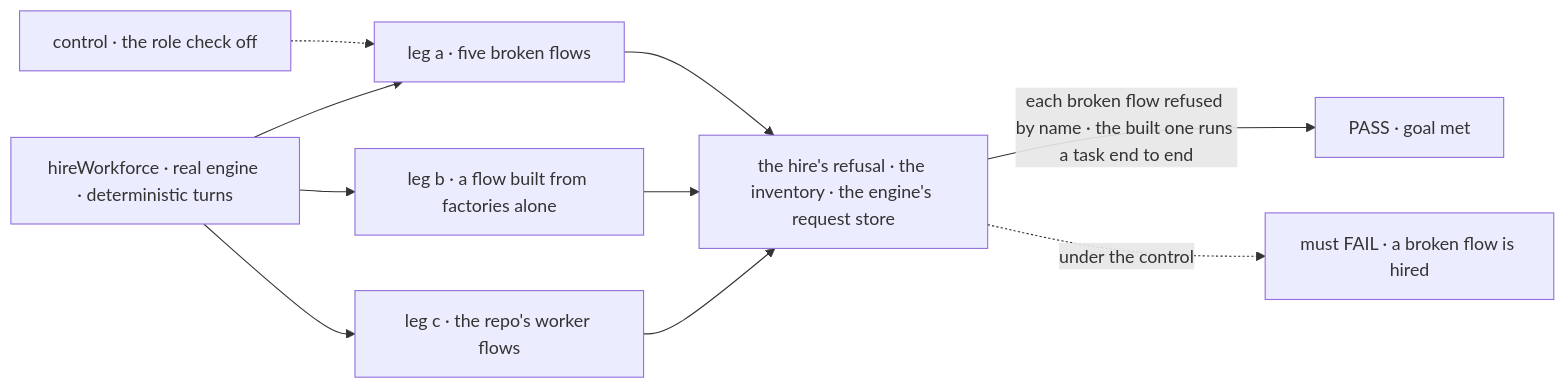
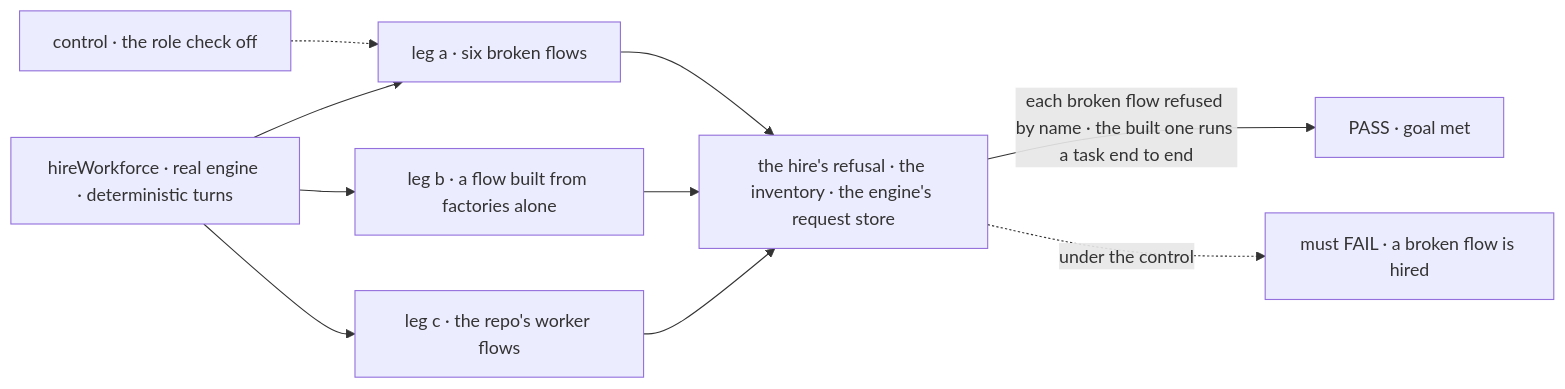
The first of 2 diagrams in specs/issues/FIX-2084/SPEC.md (fixpoint-labs/flow-state-dev), drawn with Mermaid before and after one commit. The commit also changed other lines of this file and 2 other files, not shown here.

````diff
--- a/specs/issues/FIX-2084/SPEC.md
+++ b/specs/issues/FIX-2084/SPEC.md
@@ -34,12 +36,12 @@
 ```mermaid
 flowchart LR
-  A["hireWorkforce · real engine · deterministic turns"] --> L1["leg a · five broken flows"]
+  A["hireWorkforce · real engine · deterministic turns"] --> L1["leg a · six broken flows"]
   A --> L2["leg b · a flow built from factories alone"]
   A --> L3["leg c · the repo's worker flows"]
   L1 --> R["the hire's refusal · the inventory · the engine's request store"]
   L2 --> R
   L3 --> R
   R -->|"each broken flow refused by name · the built one runs a task end to end"| P["PASS · goal met"]
   C["control · the role check off"] -.-> L1
   R -.->|"under the control"| F["must FAIL · a broken flow is hired"]
 ```
````
